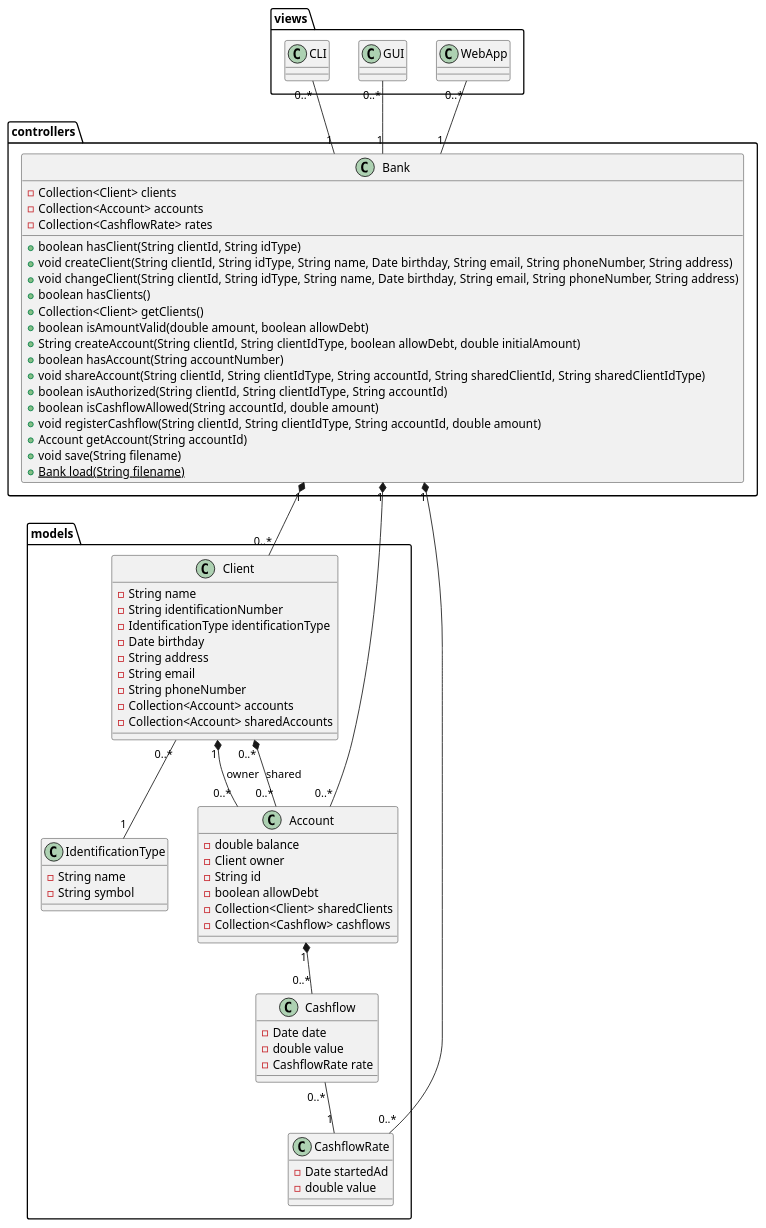
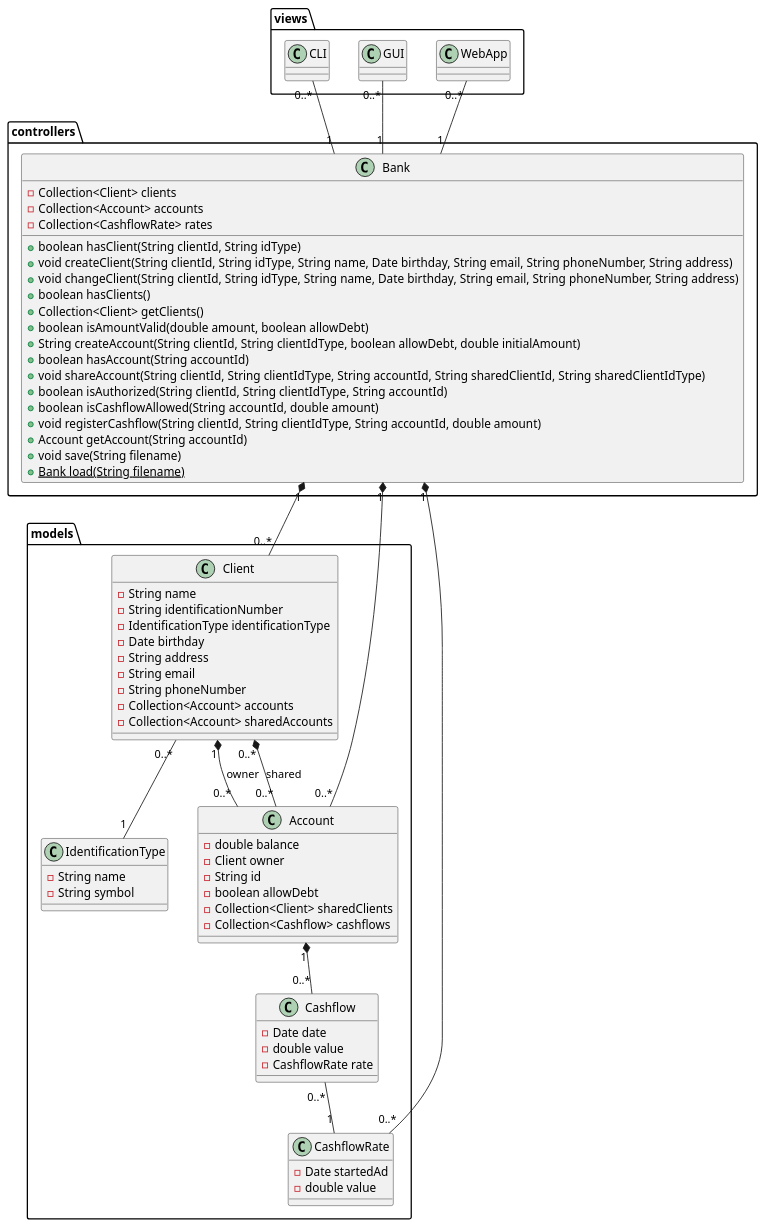
The diagram in diagrams/design.puml (PedroFi/POO-2021-2022-Lab-5), drawn with PlantUML before and after one commit.

Commit message:
Diagram Update

```diff
--- a/diagrams/design.puml
+++ b/diagrams/design.puml
@@ -1,82 +1,82 @@
 @startuml
 package models {
     class Client {
         -String name
         -String identificationNumber
         -IdentificationType identificationType
         -Date birthday
         -String address
         -String email
         -String phoneNumber
         -Collection<Account> accounts
         -Collection<Account> sharedAccounts
     }
 
     class IdentificationType {
         -String name
         -String symbol
     }
 
     class Account {
         -double balance
         -Client owner
         -String id
         -boolean allowDebt
         -Collection<Client> sharedClients
         -Collection<Cashflow> cashflows
     }
 
     class Cashflow {
         -Date date
         -double value
         -CashflowRate rate
     }
 
     class CashflowRate {
         -Date startedAd
         -double value
     }
 
     Client "1" *-- "0..*" Account : owner
     Client "0..*" *-- "0..*" Account : shared
     Client "0..*" -- "1" IdentificationType
     Account "1" *-- "0..*" Cashflow
     Cashflow "0..*" -- "1" CashflowRate
 }
 
 package controllers {
     class Bank {
         -Collection<Client> clients
         -Collection<Account> accounts
         -Collection<CashflowRate> rates
         +boolean hasClient(String clientId, String idType)
         +void createClient(String clientId, String idType, String name, Date birthday, String email, String phoneNumber, String address)
         +void changeClient(String clientId, String idType, String name, Date birthday, String email, String phoneNumber, String address)
         +boolean hasClients()
         +Collection<Client> getClients()
         +boolean isAmountValid(double amount, boolean allowDebt)
         +String createAccount(String clientId, String clientIdType, boolean allowDebt, double initialAmount)
-        +boolean hasAccount(String accountNumber)
+        +boolean hasAccount(String accountId)
         +void shareAccount(String clientId, String clientIdType, String accountId, String sharedClientId, String sharedClientIdType)
         +boolean isAuthorized(String clientId, String clientIdType, String accountId)   
         +boolean isCashflowAllowed(String accountId, double amount)
         +void registerCashflow(String clientId, String clientIdType, String accountId, double amount)
         +Account getAccount(String accountId)
         +void save(String filename)
         +{static}Bank load(String filename)
     }
     Bank "1" *-- "0..*" Client
     Bank "1" *-- "0..*" Account
     Bank "1" *-- "0..*" CashflowRate
 }
 
 package views {
     class CLI
     class GUI
     class WebApp
 }
 
 CLI "0..*" -- "1" Bank
 WebApp "0..*" -- "1" Bank
 GUI "0..*" -- "1" Bank
 @enduml
```
